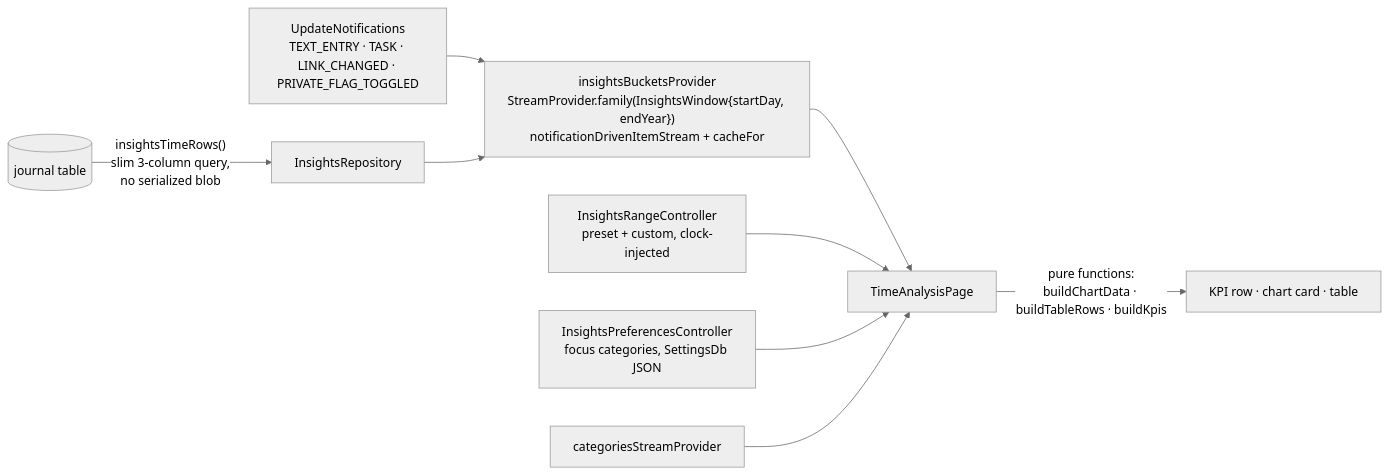
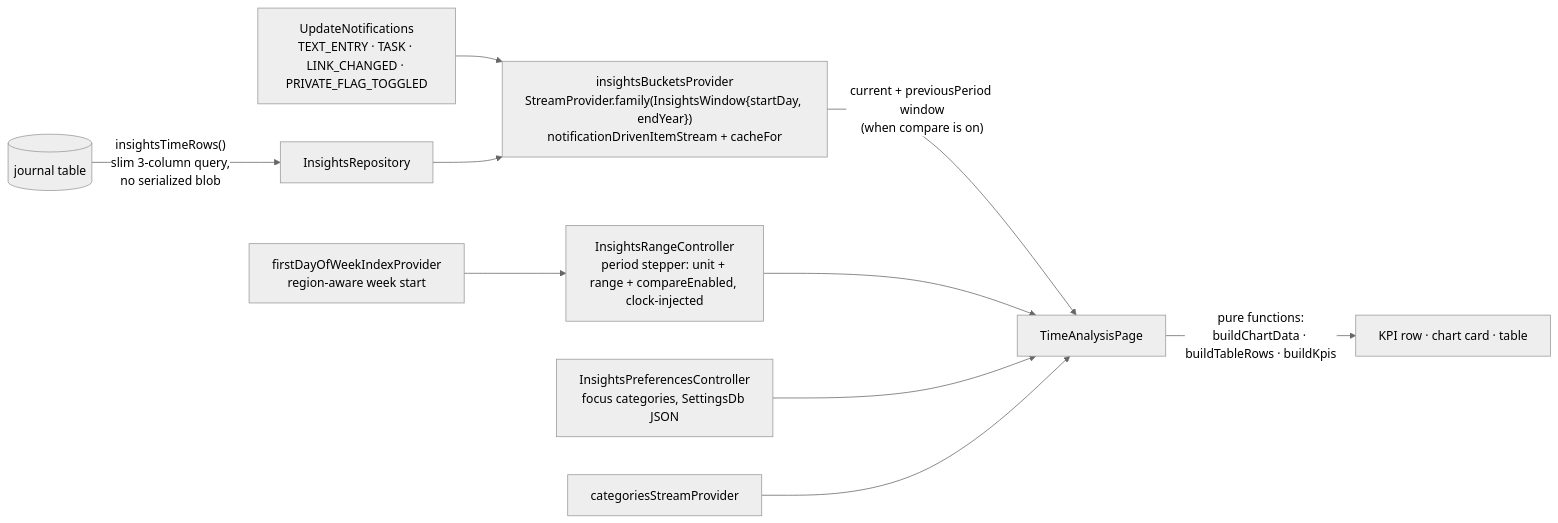
One commit to matthiasn/lotti changed the first of 2 diagrams in lib/features/insights/README.md. Above: the diagram before and after it, drawn with Mermaid (neutral theme). The commit also changed other lines of this file and 44 other files, not shown here.

Commit message:
feat: replace Time Analysis preset row with a period stepper (#3306)

````diff
--- a/lib/features/insights/README.md
+++ b/lib/features/insights/README.md
@@ -12,11 +12,12 @@
 ```mermaid
 flowchart LR
     DB[(journal table)] -->|"insightsTimeRows()\nslim 3-column query,\nno serialized blob"| REPO[InsightsRepository]
     NOTIF[UpdateNotifications\nTEXT_ENTRY · TASK · LINK_CHANGED · PRIVATE_FLAG_TOGGLED] --> BUCKETS
     REPO --> BUCKETS["insightsBucketsProvider\nStreamProvider.family(InsightsWindow{startDay, endYear})\nnotificationDrivenItemStream + cacheFor"]
-    BUCKETS --> PAGE[TimeAnalysisPage]
-    RANGE[InsightsRangeController\npreset + custom, clock-injected] --> PAGE
+    BUCKETS -->|"current + previousPeriod window\n(when compare is on)"| PAGE[TimeAnalysisPage]
+    RANGE[InsightsRangeController\nperiod stepper: unit + range + compareEnabled, clock-injected] --> PAGE
+    REGION[firstDayOfWeekIndexProvider\nregion-aware week start] --> RANGE
     PREFS[InsightsPreferencesController\nfocus categories, SettingsDb JSON] --> PAGE
     CATS[categoriesStreamProvider] --> PAGE
     PAGE -->|pure functions:\nbuildChartData · buildTableRows · buildKpis| WIDGETS[KPI row · chart card · table]
 ```
````
